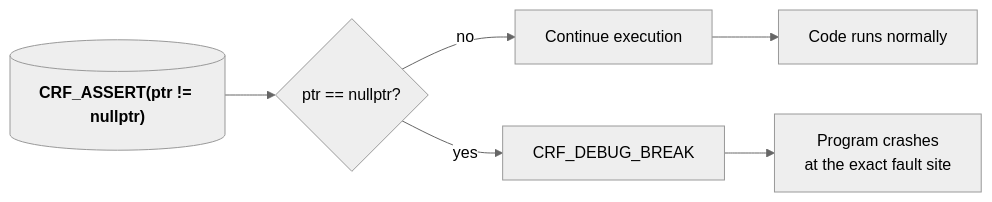
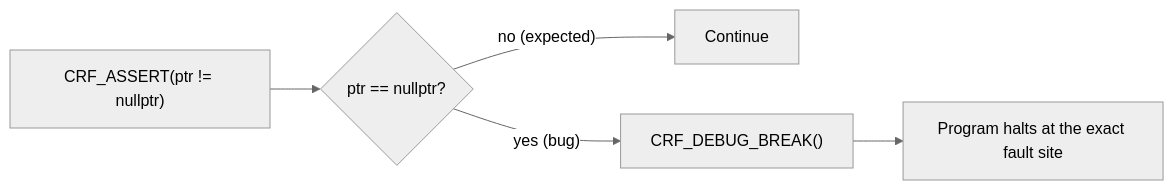
The second of 5 diagrams in Code/README.md (BiggieBranose/Chronica-Regna-Fractorum), drawn with Mermaid (neutral theme) before and after one commit. The commit also changed other lines of this file, not shown here.

First line of the commit message:
Full line-by-line README with corrected Mermaid diagrams

````diff
--- a/Code/README.md
+++ b/Code/README.md
@@ -166,8 +441,7 @@
 ```mermaid
 flowchart LR
-    A[("`**CRF_ASSERT(ptr != nullptr)**`")] --> B{ptr == nullptr?}
-    B -->|no| C[Continue execution]
-    B -->|yes| D[CRF_DEBUG_BREAK]
-    D --> E[Program crashes<br/>at the exact fault site]
-    C --> F[Code runs normally]
+    A["CRF_ASSERT(ptr != nullptr)"] --> B{"ptr == nullptr?"}
+    B -->|"no (expected)"| C[Continue]
+    B -->|"yes (bug)"| D["CRF_DEBUG_BREAK()"]
+    D --> E[Program halts at the exact fault site]
 ```
````
